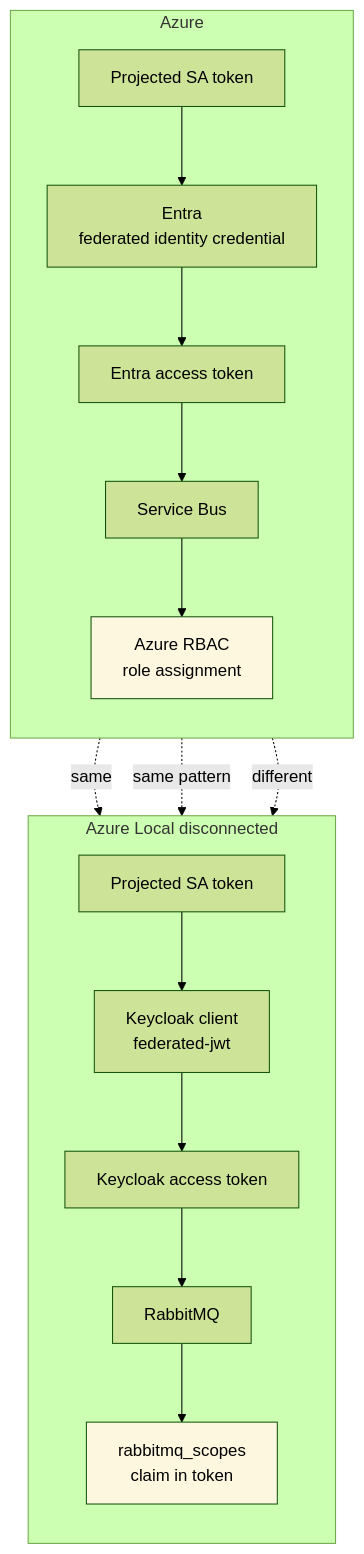
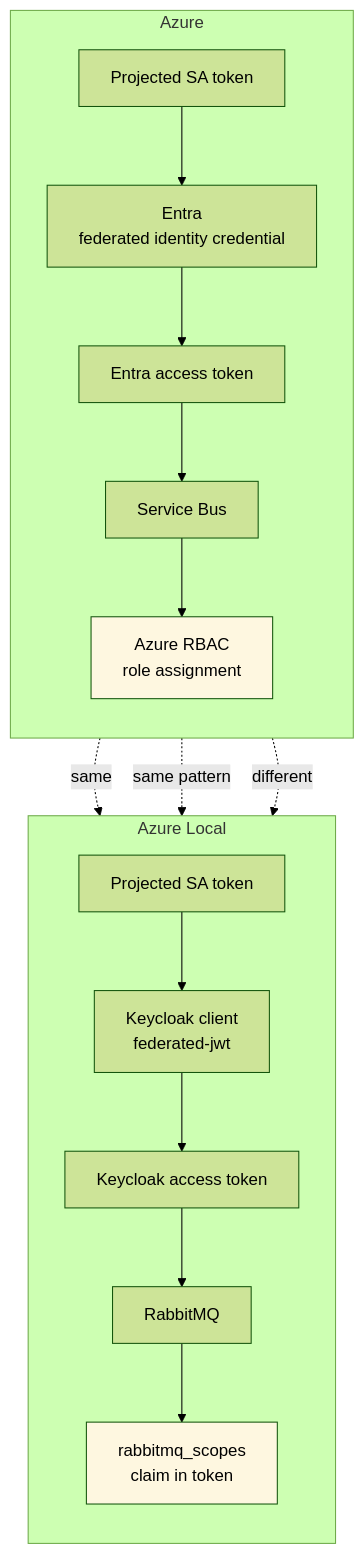
Before and after one commit to Azure-Samples/portability-patterns-library: the third of 4 diagrams in samples/OrderManagementApp/docs/workload-identity.md, drawn with Mermaid (forest theme). The commit also changed other lines of this file and 132 other files, not shown here.

````diff
--- a/samples/OrderManagementApp/docs/workload-identity.md
+++ b/samples/OrderManagementApp/docs/workload-identity.md
@@ -203,25 +206,25 @@
 ```mermaid
 flowchart TB
     subgraph AZ["Azure"]
         direction TB
         A1["Projected SA token"] --> A2["Entra<br/>federated identity credential"]
         A2 --> A3["Entra access token"]
         A3 --> A4["Service Bus"]
         A4 --> A5["Azure RBAC<br/>role assignment"]
     end
 
-    subgraph AL["Azure Local disconnected"]
+    subgraph AL["Azure Local"]
         direction TB
         B1["Projected SA token"] --> B2["Keycloak client<br/>federated-jwt"]
         B2 --> B3["Keycloak access token"]
         B3 --> B4["RabbitMQ"]
         B4 --> B5["rabbitmq_scopes<br/>claim in token"]
     end
 
     A1 -.same.-> B1
     A2 -.same pattern.-> B2
     A5 -.different.-> B5
 
     style A5 fill:#fef7e0
     style B5 fill:#fef7e0
 ```
````
